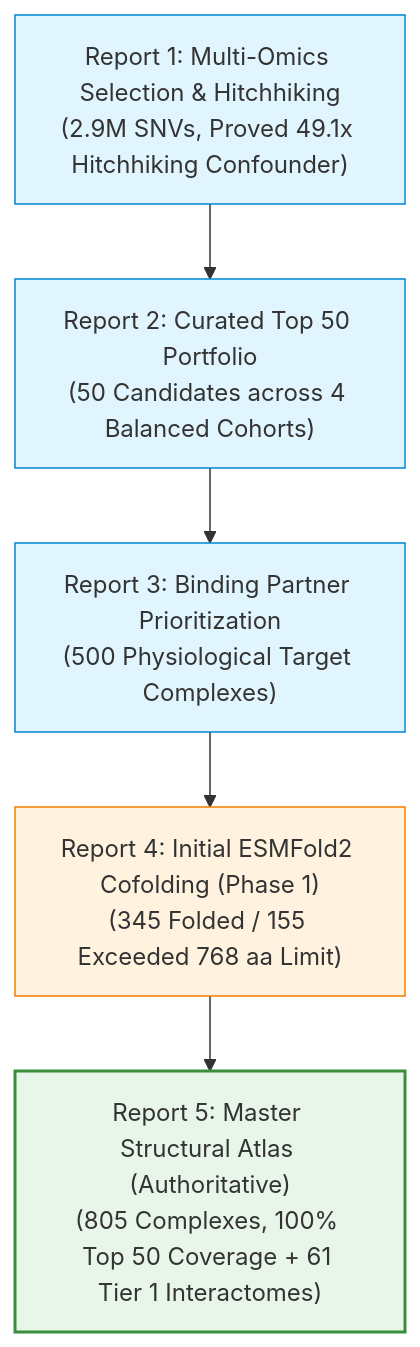
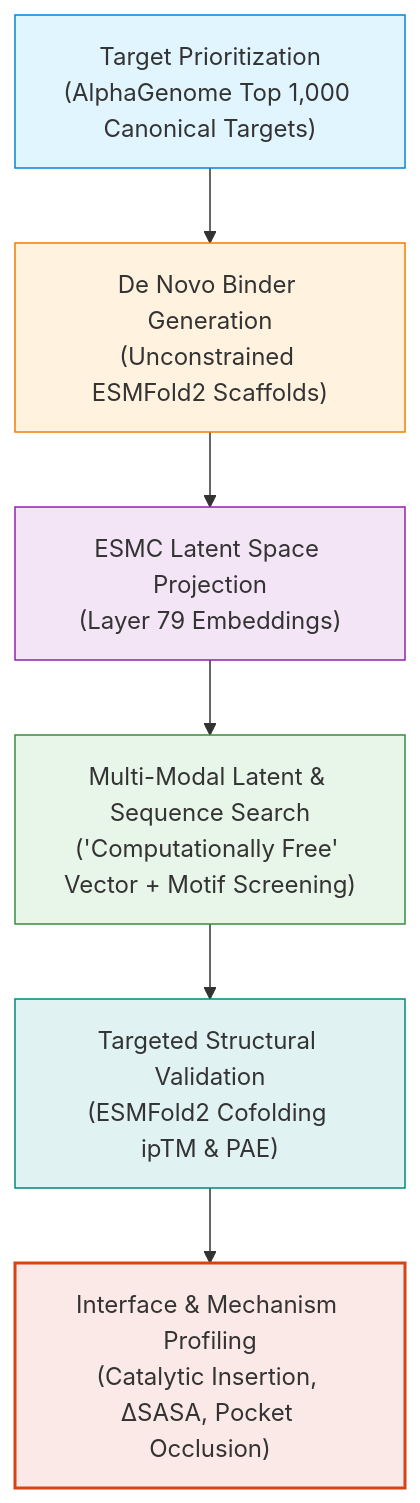
The diagram in reports/README.md (lucasescos/Syn2Nat), drawn with Mermaid before and after one commit. The commit also changed other lines of this file and 39 other files, not shown here.

````diff
--- a/reports/README.md
+++ b/reports/README.md
@@ -11,13 +11,15 @@
 ```mermaid
 flowchart TD
-    R1["Report 1: Multi-Omics Selection & Hitchhiking<br/>(2.9M SNVs, Proved 49.1x Hitchhiking Confounder)"] --> R2["Report 2: Curated Top 50 Portfolio<br/>(50 Candidates across 4 Balanced Cohorts)"]
-    R2 --> R3["Report 3: Binding Partner Prioritization<br/>(500 Physiological Target Complexes)"]
-    R3 --> R4["Report 4: Initial ESMFold2 Cofolding (Phase 1)<br/>(345 Folded / 155 Exceeded 768 aa Limit)"]
-    R4 --> R5["Report 5: Master Structural Atlas (Authoritative)<br/>(805 Complexes, 100% Top 50 Coverage + 61 Tier 1 Interactomes)"]
+    T["Target Prioritization<br/>(AlphaGenome Top 1,000 Canonical Targets)"] --> B["De Novo Binder Generation<br/>(Unconstrained ESMFold2 Scaffolds)"]
+    B --> E["ESMC Latent Space Projection<br/>(Layer 79 Embeddings)"]
+    E --> S["Multi-Modal Latent & Sequence Search<br/>('Computationally Free' Vector + Motif Screening)"]
+    S --> V["Targeted Structural Validation<br/>(ESMFold2 Cofolding ipTM & PAE)"]
+    V --> I["Interface & Mechanism Profiling<br/>(Catalytic Insertion, ΔSASA, Pocket Occlusion)"]
 
-    style R1 fill:#e1f5fe,stroke:#0288d1,stroke-width:1px
-    style R2 fill:#e1f5fe,stroke:#0288d1,stroke-width:1px
-    style R3 fill:#e1f5fe,stroke:#0288d1,stroke-width:1px
-    style R4 fill:#fff3e0,stroke:#f57c00,stroke-width:1px
-    style R5 fill:#e8f5e9,stroke:#388e3c,stroke-width:2px
+    style T fill:#e1f5fe,stroke:#0288d1,stroke-width:1px
+    style B fill:#fff3e0,stroke:#f57c00,stroke-width:1px
+    style E fill:#f3e5f5,stroke:#8e24aa,stroke-width:1px
+    style S fill:#e8f5e9,stroke:#388e3c,stroke-width:1px
+    style V fill:#e0f2f1,stroke:#00897b,stroke-width:1px
+    style I fill:#fbe9e7,stroke:#d84315,stroke-width:2px
 ```
````
